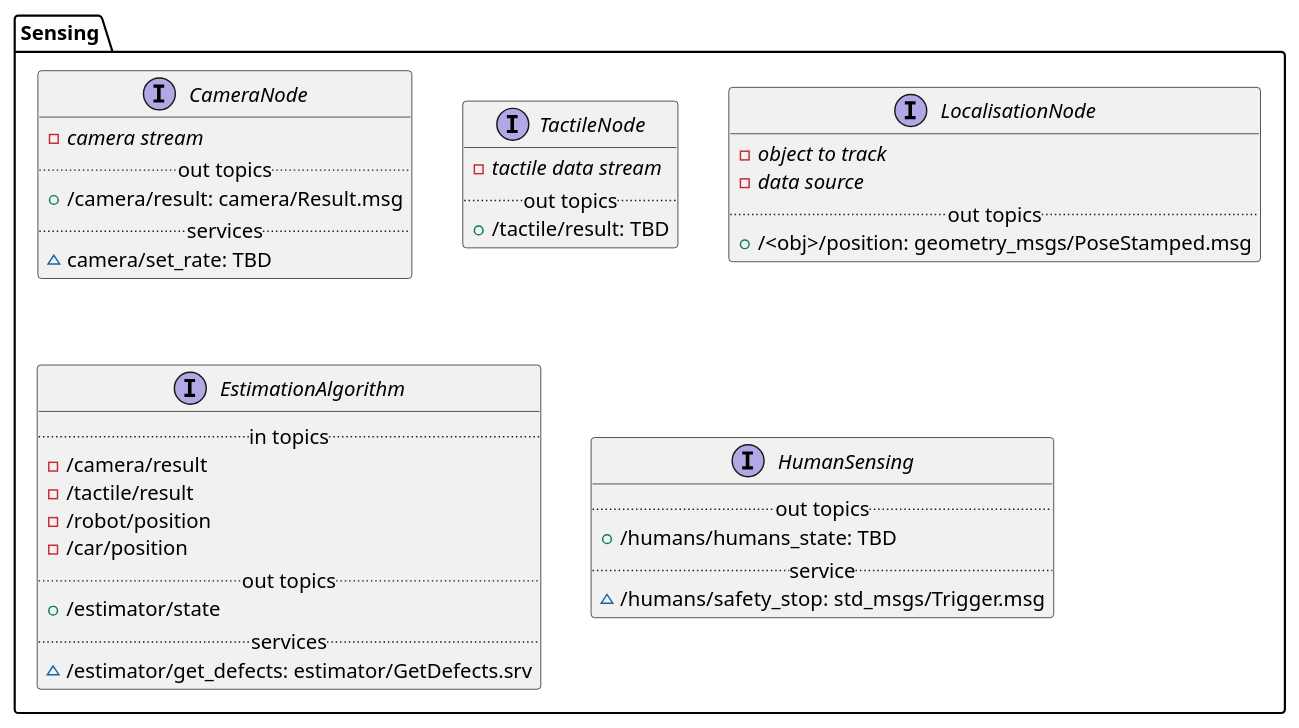
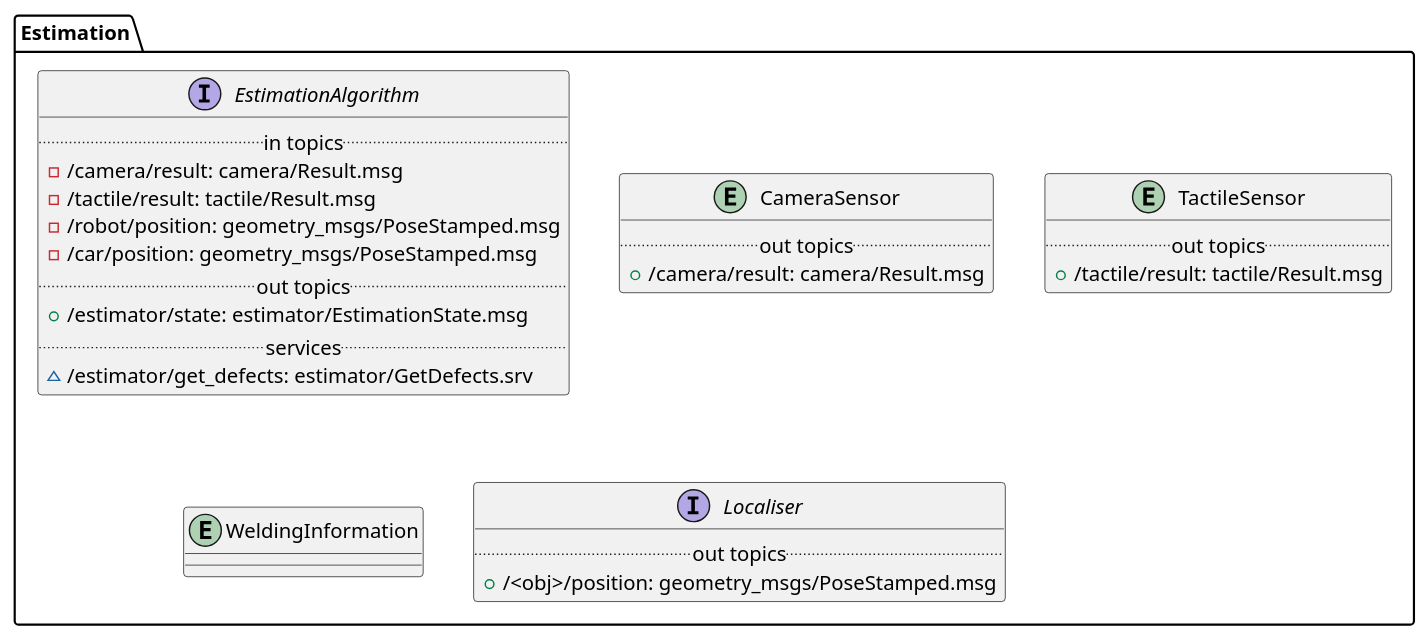
One commit to magician-project/magician-project changed the fourth of 10 diagrams in framework.md. Above: the diagram before and after it, drawn with PlantUML. The commit also changed other lines of this file and 1 other file, not shown here.

````diff
--- a/framework.md
+++ b/framework.md
@@ -195,47 +131,38 @@
 ```{plantuml}
 :width: 700px
 @startuml
-package Sensing {
-  interface CameraNode {
-    - {abstract}  camera stream
-    .. out topics ..
-    + /camera/result: camera/Result.msg
-    .. services ..
-    ~ camera/set_rate: TBD
-  }
-  
-  interface TactileNode {
-    - {abstract}  tactile data stream
-    .. out topics ..
-    + /tactile/result: TBD
-  }
-  
-  interface LocalisationNode {
-    - {abstract}  object to track
-    - {abstract}  data source
-    .. out topics ..
-    + /<obj>/position: geometry_msgs/PoseStamped.msg
-  }
-  
+package Estimation {
+
   interface EstimationAlgorithm {
     .. in topics ..
-    - /camera/result
-    - /tactile/result
-    - /robot/position
-    - /car/position
+    - /camera/result: camera/Result.msg
+    - /tactile/result: tactile/Result.msg
+    - /robot/position: geometry_msgs/PoseStamped.msg
+    - /car/position: geometry_msgs/PoseStamped.msg
     .. out topics ..
-    + /estimator/state
+    + /estimator/state: estimator/EstimationState.msg
     .. services ..
     ~ /estimator/get_defects: estimator/GetDefects.srv
   }
-  
-  interface HumanSensing {
+
+  entity CameraSensor {
     .. out topics ..
-    + /humans/humans_state: TBD
-    .. service ..
-    ~ /humans/safety_stop: std_msgs/Trigger.msg
+    + /camera/result: camera/Result.msg
+  }
+
+  entity TactileSensor {
+    .. out topics ..
+    + /tactile/result: tactile/Result.msg
+  }
+
+  entity WeldingInformation {
+  }
+
+  interface Localiser {
+    .. out topics ..
+    + /<obj>/position: geometry_msgs/PoseStamped.msg
   }
 
 }
 @enduml
 ```
````
